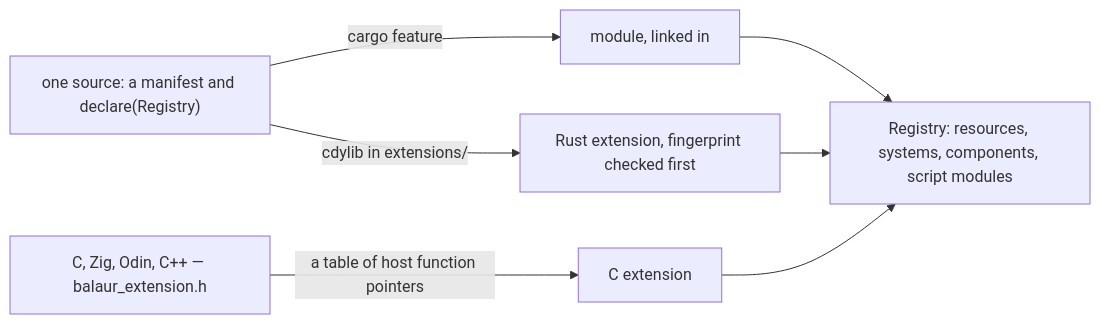
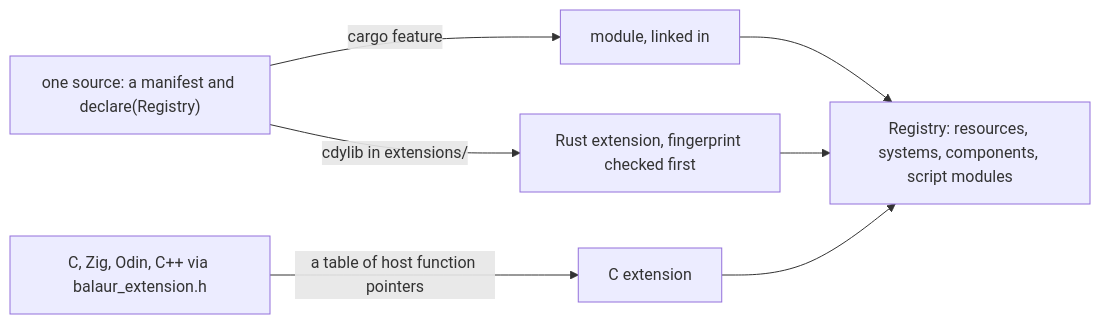
One commit to balaurengine/balaur-website changed the diagram in blog/2026-08-31-plugins-and-extensions.mdx. Above: the diagram before and after it, drawn with Mermaid. The commit also changed other lines of this file and 66 other files, not shown here.

````diff
--- a/blog/2026-08-31-plugins-and-extensions.mdx
+++ b/blog/2026-08-31-plugins-and-extensions.mdx
@@ -16,9 +16,9 @@
 ```mermaid
 flowchart LR
   S["one source: a manifest and declare(Registry)"] -->|"cargo feature"| M["module, linked in"]
   S -->|"cdylib in extensions/"| E["Rust extension, fingerprint checked first"]
-  H["C, Zig, Odin, C++ — balaur_extension.h"] -->|"a table of host function pointers"| X["C extension"]
+  H["C, Zig, Odin, C++ via balaur_extension.h"] -->|"a table of host function pointers"| X["C extension"]
   M --> R["Registry: resources, systems, components, script modules"]
   E --> R
   X --> R
 ```
````
